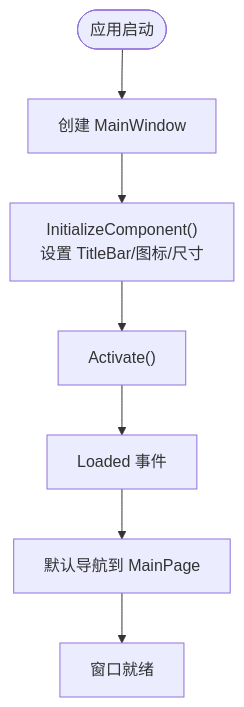
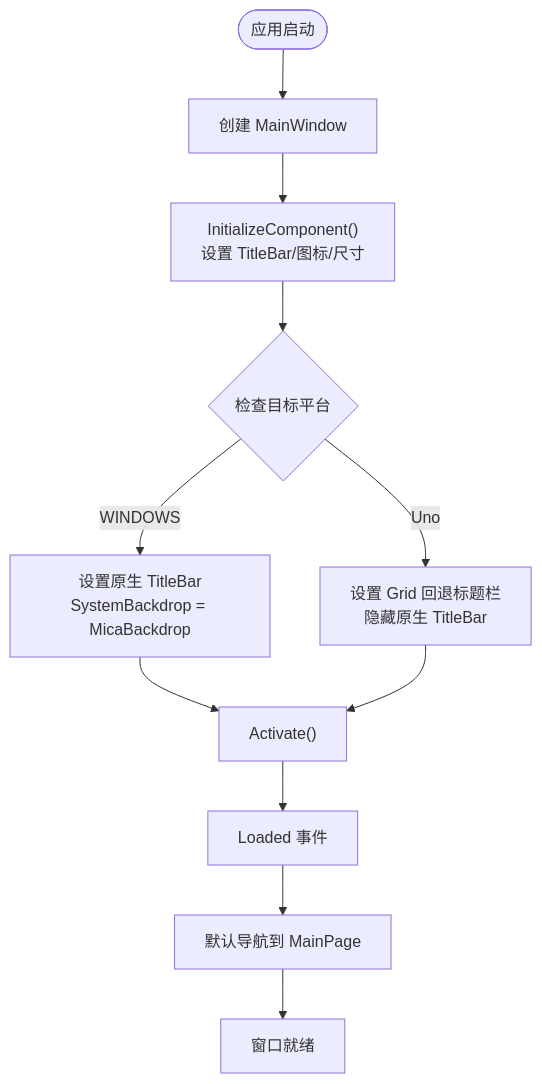
Before and after one commit to AgenticDesktop/App: the third of 7 diagrams in .qoder/repowiki/zh/content/开发指南/项目结构/主窗口框架.md, drawn with Mermaid. The commit also changed other lines of this file and 108 other files, not shown here.

First line of the commit message:
Add support for Uno Desktop and WinUI 3 build scripts

````diff
--- a/.qoder/repowiki/zh/content/开发指南/项目结构/主窗口框架.md
+++ b/.qoder/repowiki/zh/content/开发指南/项目结构/主窗口框架.md
@@ -163,9 +189,13 @@
 ```mermaid
 flowchart TD
 Start(["应用启动"]) --> CreateWin["创建 MainWindow"]
 CreateWin --> InitXaml["InitializeComponent()<br/>设置 TitleBar/图标/尺寸"]
-InitXaml --> ShowWin["Activate()"]
+InitXaml --> PlatformCheck{"检查目标平台"}
+PlatformCheck --> |WINDOWS| NativeTitlebar["设置原生 TitleBar<br/>SystemBackdrop = MicaBackdrop"]
+PlatformCheck --> |Uno| FallbackTitlebar["设置 Grid 回退标题栏<br/>隐藏原生 TitleBar"]
+NativeTitlebar --> ShowWin["Activate()"]
+FallbackTitlebar --> ShowWin
 ShowWin --> Loaded["Loaded 事件"]
 Loaded --> DefaultNav["默认导航到 MainPage"]
 DefaultNav --> Ready["窗口就绪"]
 ```
````
